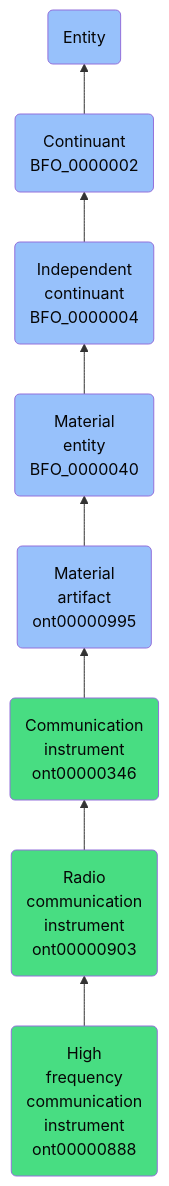
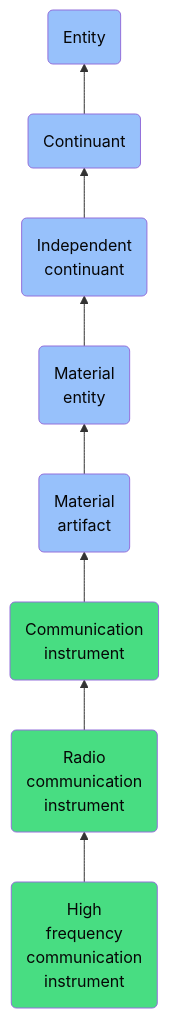
One commit to jupyter-naas/abi changed the diagram in docs/ontology/reference/model/Entity/Continuant/Independent continuant/Material entity/Material artifact/Communication instrument/Radio communication instrument/High frequency communication instrument/High frequency communication instrument.md. Above: the diagram before and after it, drawn with Mermaid. The commit also changed other lines of this file and 1430 other files, not shown here.

````diff
--- a/docs/ontology/reference/model/Entity/Continuant/Independent continuant/Material entity/Material artifact/Communication instrument/Radio communication instrument/High frequency communication instrument/High frequency communication instrument.md
+++ b/docs/ontology/reference/model/Entity/Continuant/Independent continuant/Material entity/Material artifact/Communication instrument/Radio communication instrument/High frequency communication instrument/High frequency communication instrument.md
@@ -24,15 +24,15 @@
 ```mermaid
 graph BT
-    ont00000888(High<br>frequency<br>communication<br>instrument<br>ont00000888):::ABI-->ont00000903
-    ont00000903(Radio<br>communication<br>instrument<br>ont00000903):::ABI-->ont00000346
-    ont00000346(Communication<br>instrument<br>ont00000346):::ABI-->ont00000995
-    ont00000995(Material<br>artifact<br>ont00000995):::BFO-->BFO_0000040
-    BFO_0000040(Material<br>entity<br>BFO_0000040):::BFO-->BFO_0000004
-    BFO_0000004(Independent<br>continuant<br>BFO_0000004):::BFO-->BFO_0000002
-    BFO_0000002(Continuant<br>BFO_0000002):::BFO-->BFO_0000001
+    ont00000888(High<br>frequency<br>communication<br>instrument):::ABI-->ont00000903
+    ont00000903(Radio<br>communication<br>instrument):::ABI-->ont00000346
+    ont00000346(Communication<br>instrument):::ABI-->ont00000995
+    ont00000995(Material<br>artifact):::BFO-->BFO_0000040
+    BFO_0000040(Material<br>entity):::BFO-->BFO_0000004
+    BFO_0000004(Independent<br>continuant):::BFO-->BFO_0000002
+    BFO_0000002(Continuant):::BFO-->BFO_0000001
     BFO_0000001(Entity):::BFO
     
     classDef BFO fill:#97c1fb,color:#060606
     classDef CCO fill:#e4c51e,color:#060606
     classDef ABI fill:#48DD82,color:#060606
 ```
````
